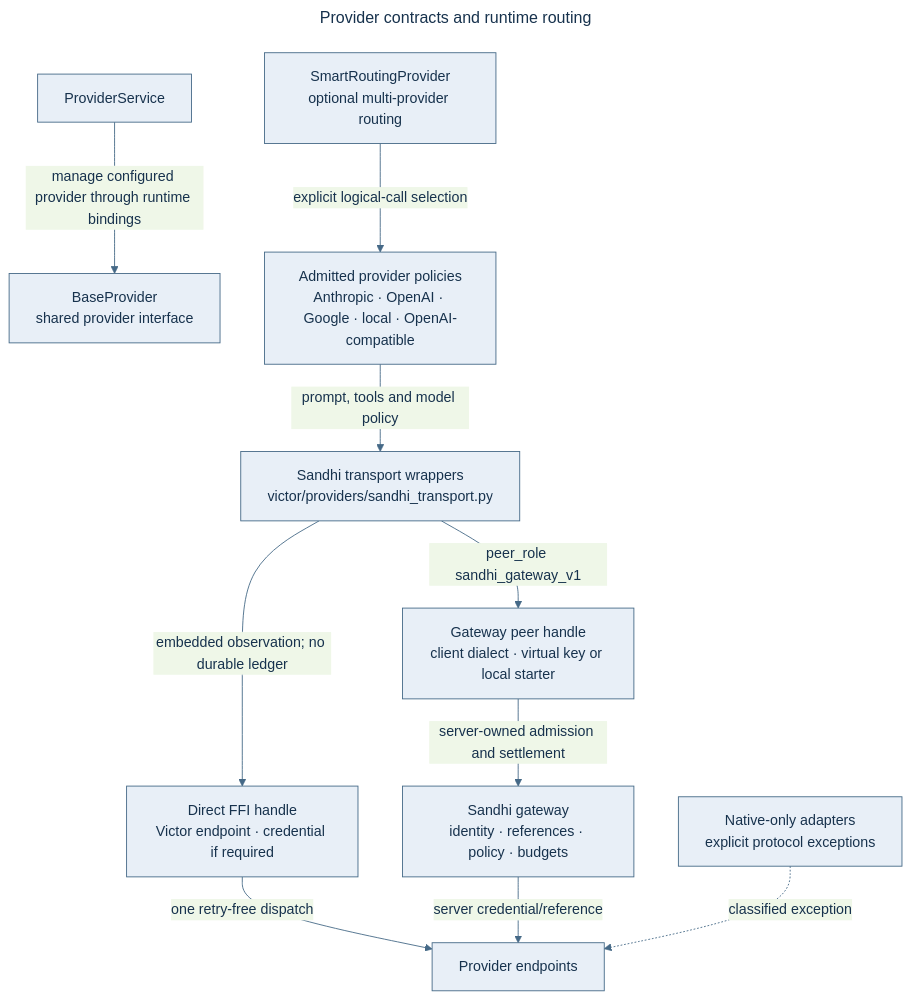
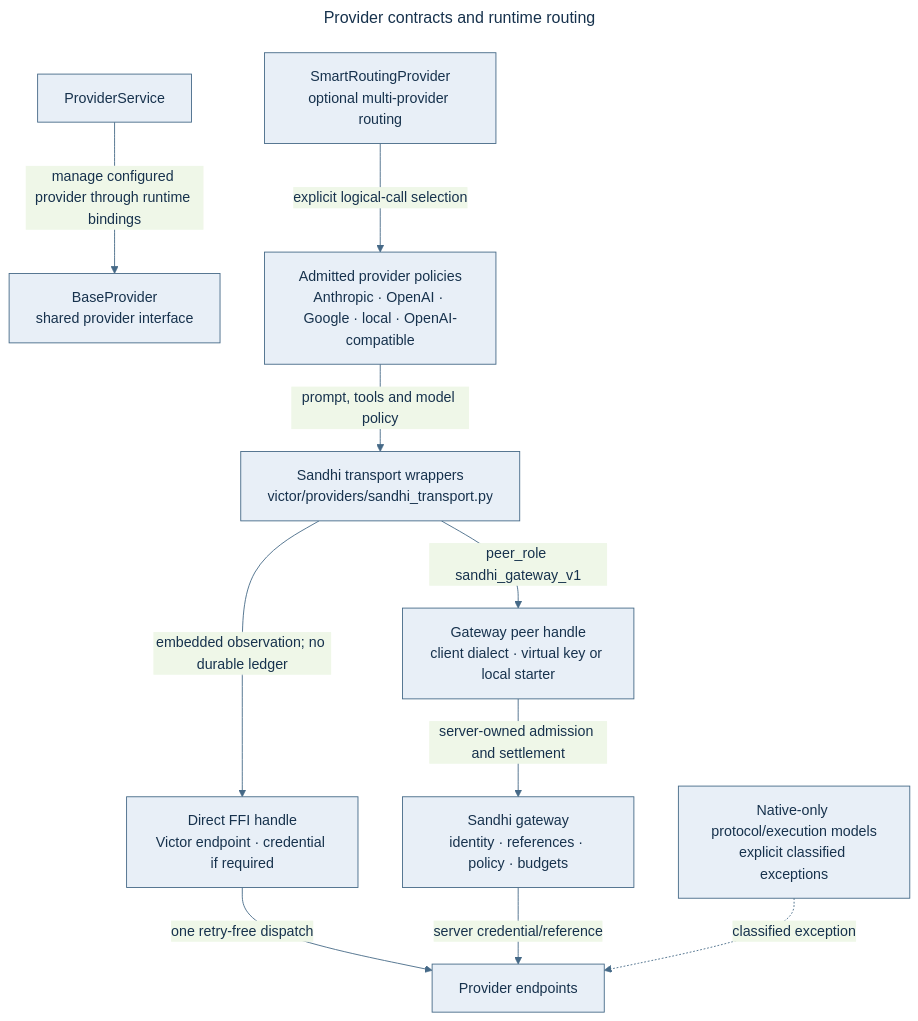
Before and after one commit to anvai-labs/victor: the fourth of 13 diagrams in docs/architecture.md, drawn with Mermaid. The commit also changed other lines of this file and 4 other files, not shown here.

Commit message:
docs: refine Sandhi provider execution flow

````diff
--- a/docs/architecture.md
+++ b/docs/architecture.md
@@ -292,26 +294,26 @@
 ```mermaid
 ---
 title: Provider contracts and runtime routing
 ---
 %%{init: {"theme":"base","themeVariables":{"primaryColor":"#E8EFF7","primaryTextColor":"#17324D","primaryBorderColor":"#456987","lineColor":"#456987","fontFamily":"Arial"}}}%%
 flowchart TB
   S["ProviderService"]
   B["BaseProvider<br/>shared provider interface"]
   A["Admitted provider policies<br/>Anthropic · OpenAI · Google · local · OpenAI-compatible"]
   T["Sandhi transport wrappers<br/>victor/providers/sandhi_transport.py"]
   D["Direct FFI handle<br/>Victor endpoint · credential if required"]
   G["Gateway peer handle<br/>client dialect · virtual key or local starter"]
   SG["Sandhi gateway<br/>identity · references · policy · budgets"]
   R["SmartRoutingProvider<br/>optional multi-provider routing"]
-  N["Native-only adapters<br/>explicit protocol exceptions"]
+  N["Native-only protocol/execution models<br/>explicit classified exceptions"]
   U["Provider endpoints"]
   S -->|"manage configured provider through runtime bindings"| B
   A -->|"prompt, tools and model policy"| T
   T -->|"embedded observation; no durable ledger"| D
   T -->|"peer_role sandhi_gateway_v1"| G
   G -->|"server-owned admission and settlement"| SG
   D -->|"one retry-free dispatch"| U
   SG -->|"server credential/reference"| U
   R -->|"explicit logical-call selection"| A
   N -.->|"classified exception"| U
 ```
````
